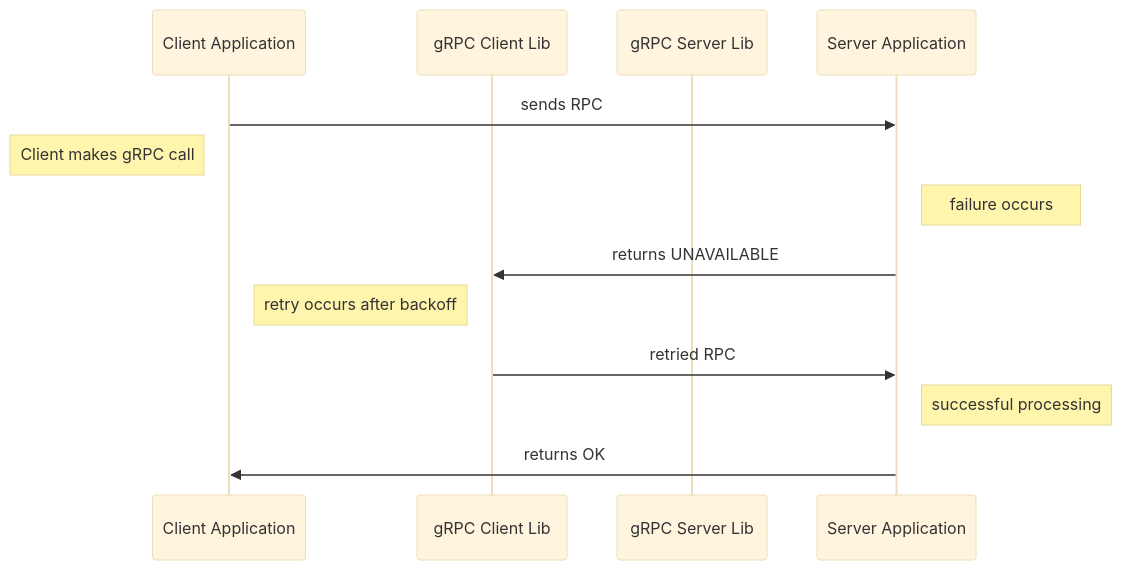
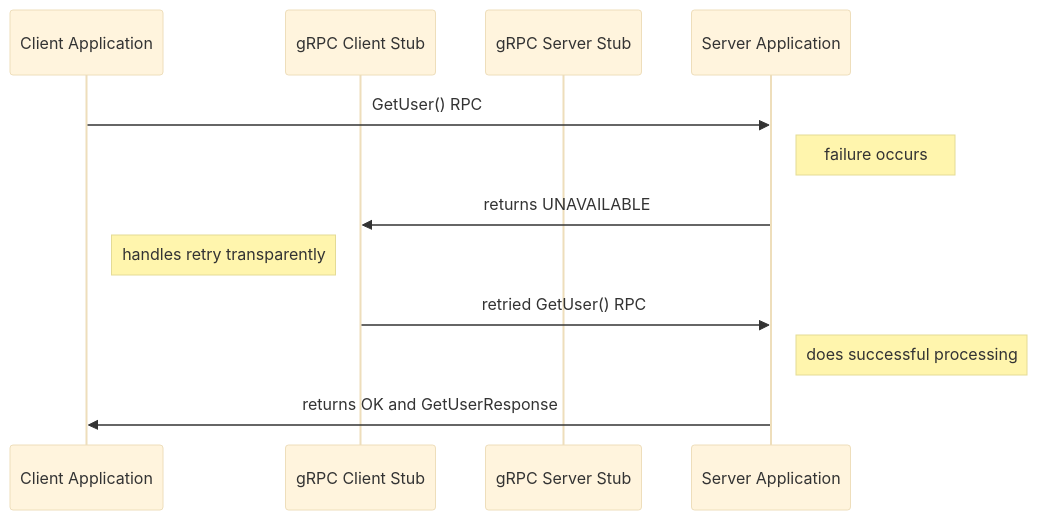
Before and after one commit to ghouscht/gRPC-retry-mechanisms-with-go: the first of 2 diagrams in README.md, drawn with Mermaid (base theme). The commit also changed other lines of this file and 4 other files, not shown here.

````diff
--- a/README.md
+++ b/README.md
@@ -13,18 +22,17 @@
 ```mermaid
 sequenceDiagram
     participant Client Application
-    participant gRPC Client Lib
-    participant gRPC Server Lib
+    participant gRPC Client Stub
+    participant gRPC Server Stub
     participant Server Application
 
-    Client Application->>Server Application: sends RPC
-    note left of Client Application: Client makes gRPC call
+    Client Application->>Server Application: GetUser() RPC
     note right of Server Application: failure occurs
 
-    Server Application->>gRPC Client Lib: returns UNAVAILABLE
-    note left of gRPC Client Lib: retry occurs after backoff
+    Server Application->>gRPC Client Stub: returns UNAVAILABLE
+    note left of gRPC Client Stub: handles retry transparently
 
-    gRPC Client Lib->>Server Application: retried RPC
-    note right of Server Application: successful processing
-    Server Application->>Client Application: returns OK
+    gRPC Client Stub->>Server Application: retried GetUser() RPC
+    note right of Server Application: does successful processing
+    Server Application->>Client Application: returns OK and GetUserResponse
 ```
````
